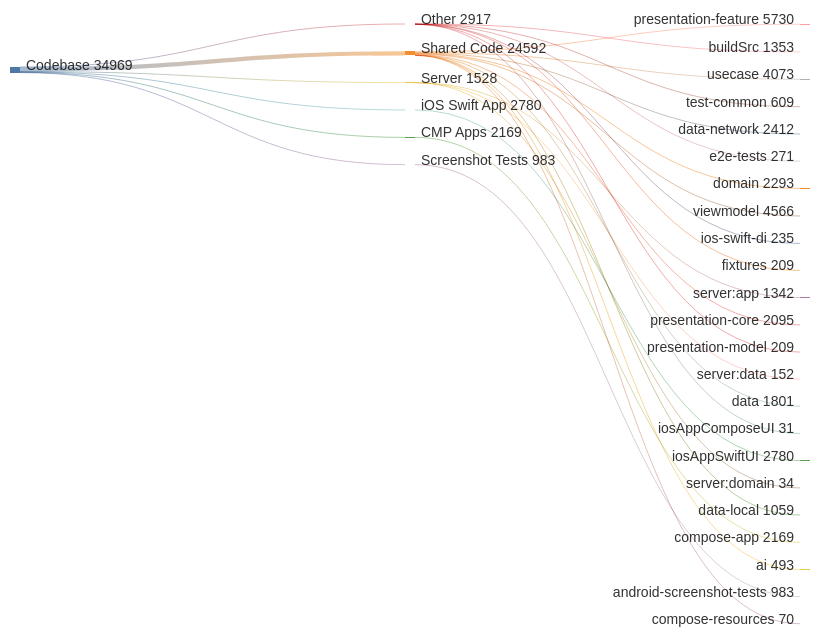
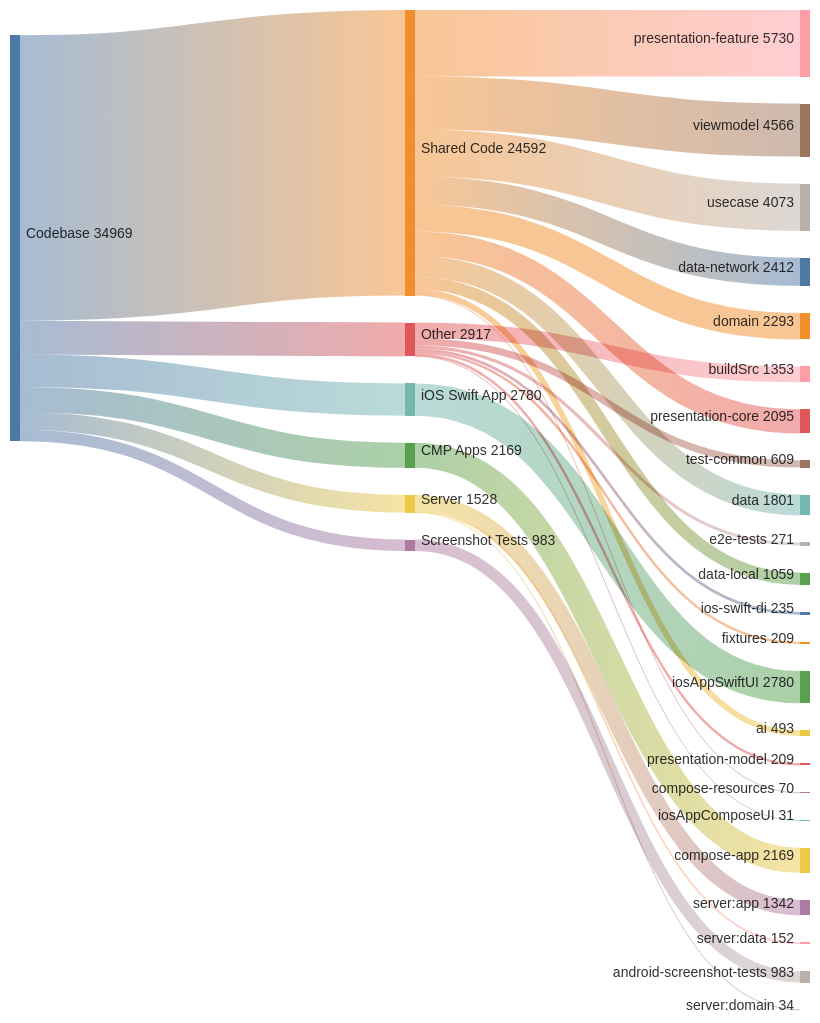
One commit to cartland/battery-butler changed the diagram in docs/CODE_ANALYSIS.md. Above: the diagram before and after it, drawn with Mermaid.

Commit message:
docs: Increase Sankey chart height for thicker flows
Bump height from 600 to 1000 so flow bands are visually thicker.

````diff
--- a/docs/CODE_ANALYSIS.md
+++ b/docs/CODE_ANALYSIS.md
@@ -41,48 +41,48 @@
 ```mermaid
 ---
 config:
   sankey:
     showValues: true
     width: 800
-    height: 600
+    height: 1000
     nodeAlignment: justify
     linkColor: gradient
 ---
 sankey-beta
 
 Codebase,Shared Code,24592
 Codebase,Other,2917
 Codebase,iOS Swift App,2780
 Codebase,CMP Apps,2169
 Codebase,Server,1528
 Codebase,Screenshot Tests,983
 
 Shared Code,presentation-feature,5730
 Shared Code,viewmodel,4566
 Shared Code,usecase,4073
 Shared Code,data-network,2412
 Shared Code,domain,2293
 Shared Code,presentation-core,2095
 Shared Code,data,1801
 Shared Code,data-local,1059
 Shared Code,ai,493
 Shared Code,compose-resources,70
 
 Other,buildSrc,1353
 Other,test-common,609
 Other,e2e-tests,271
 Other,ios-swift-di,235
 Other,fixtures,209
 Other,presentation-model,209
 Other,iosAppComposeUI,31
 
 iOS Swift App,iosAppSwiftUI,2780
 
 CMP Apps,compose-app,2169
 
 Server,server:app,1342
 Server,server:data,152
 Server,server:domain,34
 
 Screenshot Tests,android-screenshot-tests,983
 ```
````
